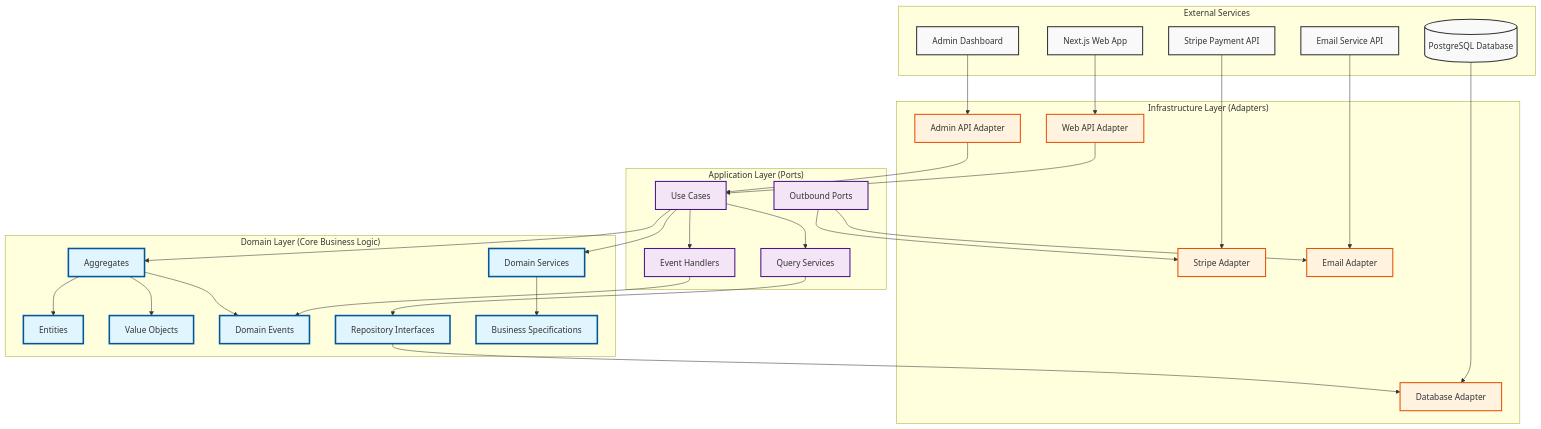
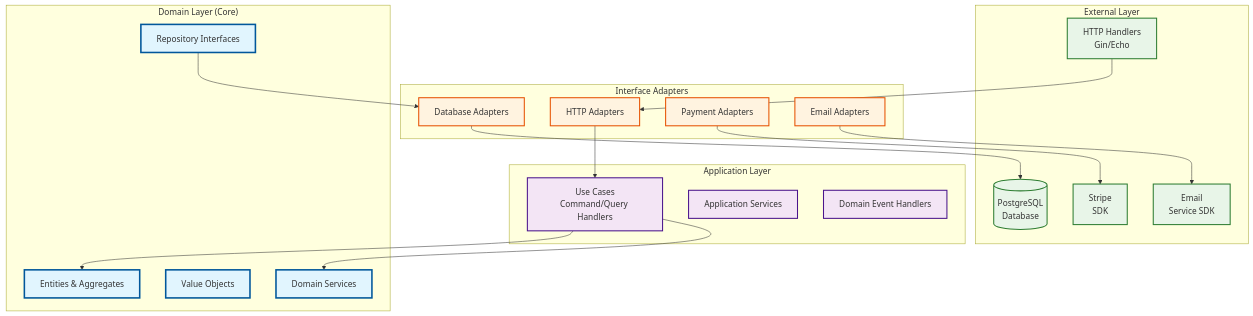
Before and after one commit to boonyarit-iamsaard/hotel-booking-system: the diagram in docs/architecture/03-structure-blueprint.md, drawn with Mermaid. The commit also changed other lines of this file and 7 other files, not shown here.

Commit message:
docs: rewrite architecture docs

````diff
--- a/docs/architecture/03-structure-blueprint.md
+++ b/docs/architecture/03-structure-blueprint.md
@@ -7,75 +7,50 @@
 ```mermaid
 graph TB
-    subgraph "External Services"
-        UI[Next.js Web App]
-        DB[(PostgreSQL Database)]
-        Stripe[Stripe Payment API]
-        Email[Email Service API]
-        Admin[Admin Dashboard]
+    subgraph "External Layer"
+        HTTP[HTTP Handlers<br/>Gin/Echo]
+        DB[(PostgreSQL<br/>Database)]
+        Stripe[Stripe<br/>SDK]
+        Email[Email<br/>Service SDK]
     end
 
-    subgraph "Infrastructure Layer (Adapters)"
-        WebAdapter[Web API Adapter]
-        DBAdapter[Database Adapter]
-        PaymentAdapter[Stripe Adapter]
-        EmailAdapter[Email Adapter]
-        AdminAdapter[Admin API Adapter]
+    subgraph "Interface Adapters"
+        HTTPAdapter[HTTP Adapters]
+        DBAdapter[Database Adapters]
+        PaymentAdapter[Payment Adapters]
+        EmailAdapter[Email Adapters]
     end
 
-    subgraph "Application Layer (Ports)"
-        UseCases[Use Cases]
-        QueryServices[Query Services]
-        EventHandlers[Event Handlers]
-        Ports[Outbound Ports]
+    subgraph "Application Layer"
+        UseCases[Use Cases<br/>Command/Query Handlers]
+        AppServices[Application Services]
+        EventHandlers[Domain Event Handlers]
     end
 
-    subgraph "Domain Layer (Core Business Logic)"
-        Aggregates[Aggregates]
-        Entities[Entities]
+    subgraph "Domain Layer (Core)"
+        Entities[Entities & Aggregates]
         ValueObjects[Value Objects]
         DomainServices[Domain Services]
-        DomainEvents[Domain Events]
         Repositories[Repository Interfaces]
-        Specifications[Business Specifications]
     end
 
-    %% External to Infrastructure
-    UI --> WebAdapter
-    Admin --> AdminAdapter
-    DB --> DBAdapter
-    Stripe --> PaymentAdapter
-    Email --> EmailAdapter
+    HTTP --> HTTPAdapter
+    HTTPAdapter --> UseCases
+    UseCases --> Entities
+    UseCases --> DomainServices
 
-    %% Infrastructure to Application
-    WebAdapter --> UseCases
-    AdminAdapter --> UseCases
-    UseCases --> QueryServices
-    UseCases --> EventHandlers
+    Repositories --> DBAdapter
+    DBAdapter --> DB
 
-    %% Application to Domain
-    UseCases --> Aggregates
-    UseCases --> DomainServices
-    QueryServices --> Repositories
-    EventHandlers --> DomainEvents
+    PaymentAdapter --> Stripe
+    EmailAdapter --> Email
 
-    %% Domain Internal
-    Aggregates --> Entities
-    Aggregates --> ValueObjects
-    DomainServices --> Specifications
-    Aggregates --> DomainEvents
+    classDef domain fill:#e1f5fe,stroke:#01579b,stroke-width:3px
+    classDef application fill:#f3e5f5,stroke:#4a148c,stroke-width:2px
+    classDef infrastructure fill:#fff3e0,stroke:#e65100,stroke-width:2px
+    classDef external fill:#e8f5e8,stroke:#2e7d32,stroke-width:2px
 
-    %% Outbound Flow
-    Repositories --> DBAdapter
-    Ports --> PaymentAdapter
-    Ports --> EmailAdapter
-
-    classDef external fill:#f9f9f9,stroke:#333,stroke-width:2px
-    classDef infrastructure fill:#fff3e0,stroke:#e65100,stroke-width:2px
-    classDef application fill:#f3e5f5,stroke:#4a148c,stroke-width:2px
-    classDef domain fill:#e1f5fe,stroke:#01579b,stroke-width:3px
-
-    class UI,DB,Stripe,Email,Admin external
-    class WebAdapter,DBAdapter,PaymentAdapter,EmailAdapter,AdminAdapter infrastructure
-    class UseCases,QueryServices,EventHandlers,Ports application
-    class Aggregates,Entities,ValueObjects,DomainServices,DomainEvents,Repositories,Specifications domain
+    class Entities,ValueObjects,DomainServices,Repositories domain
+    class UseCases,AppServices,EventHandlers application
+    class HTTPAdapter,DBAdapter,PaymentAdapter,EmailAdapter infrastructure
+    class HTTP,DB,Stripe,Email external
 ```
````
